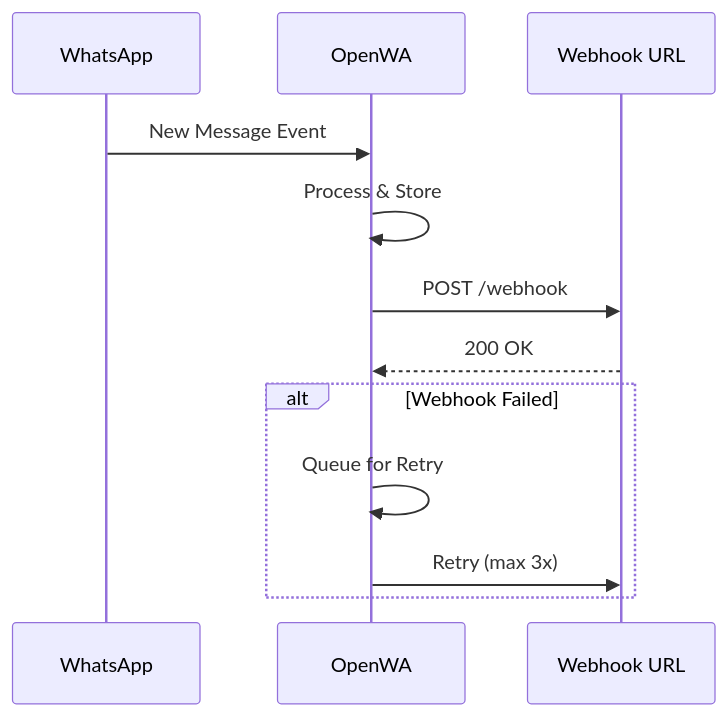
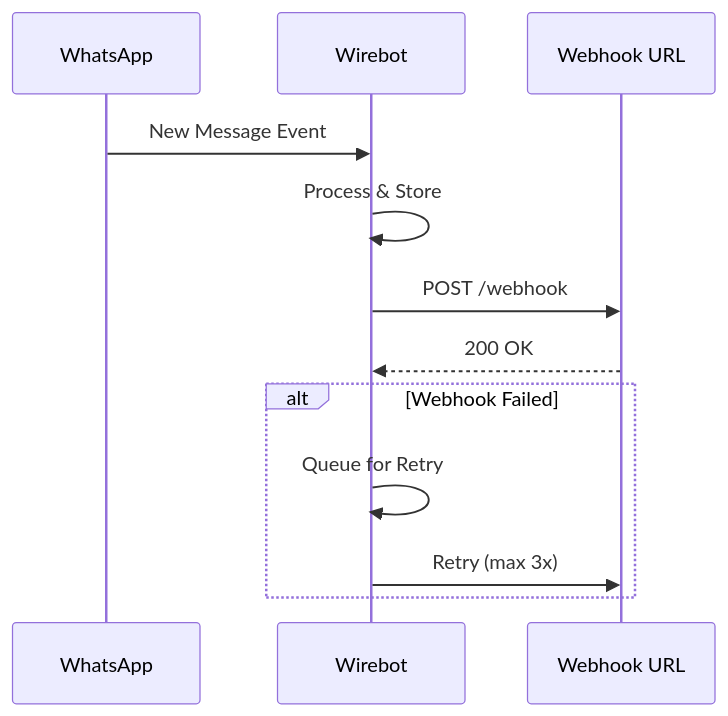
The third of 13 diagrams in docs/02-requirements-specification.md (Octapus-systems/whatsapp_Dashboard), drawn with Mermaid before and after one commit. The commit also changed other lines of this file and 86 other files, not shown here.

Commit message:
chore: rebrand OpenWA to Wirebot, attribute to Jishad

````diff
--- a/docs/02-requirements-specification.md
+++ b/docs/02-requirements-specification.md
@@ -82,16 +82,16 @@
 ```mermaid
 sequenceDiagram
     participant WA as WhatsApp
-    participant OW as OpenWA
+    participant OW as Wirebot
     participant WH as Webhook URL
     
     WA->>OW: New Message Event
     OW->>OW: Process & Store
     OW->>WH: POST /webhook
     WH-->>OW: 200 OK
     
     alt Webhook Failed
         OW->>OW: Queue for Retry
         OW->>WH: Retry (max 3x)
     end
 ```
````
